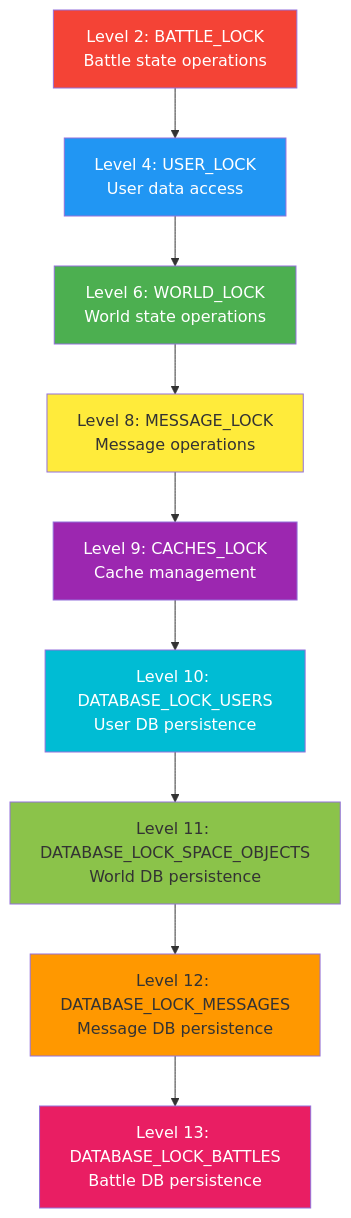
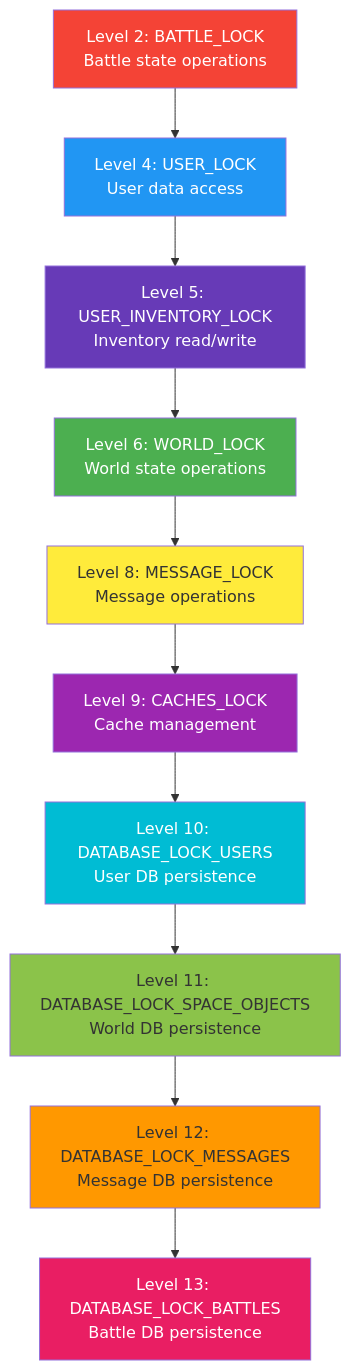
One commit to MarkDrei/Spacewars3 changed the ninth of 10 diagrams in doc/architecture/arc42-architecture.md. Above: the diagram before and after it, drawn with Mermaid. The commit also changed other lines of this file and 9 other files, not shown here.

````diff
--- a/doc/architecture/arc42-architecture.md
+++ b/doc/architecture/arc42-architecture.md
@@ -470,31 +508,34 @@
 ```mermaid
 graph TD
     L2[Level 2: BATTLE_LOCK<br/>Battle state operations]
     L4[Level 4: USER_LOCK<br/>User data access]
+    L5[Level 5: USER_INVENTORY_LOCK<br/>Inventory read/write]
     L6[Level 6: WORLD_LOCK<br/>World state operations]
     L8[Level 8: MESSAGE_LOCK<br/>Message operations]
     L9[Level 9: CACHES_LOCK<br/>Cache management]
     L10[Level 10: DATABASE_LOCK_USERS<br/>User DB persistence]
     L11[Level 11: DATABASE_LOCK_SPACE_OBJECTS<br/>World DB persistence]
     L12[Level 12: DATABASE_LOCK_MESSAGES<br/>Message DB persistence]
     L13[Level 13: DATABASE_LOCK_BATTLES<br/>Battle DB persistence]
 
     L2 --> L4
-    L4 --> L6
+    L4 --> L5
+    L5 --> L6
     L6 --> L8
     L8 --> L9
     L9 --> L10
     L10 --> L11
     L11 --> L12
     L12 --> L13
 
     style L2 fill:#f44336,color:#fff
     style L4 fill:#2196f3,color:#fff
+    style L5 fill:#673ab7,color:#fff
     style L6 fill:#4caf50,color:#fff
     style L8 fill:#ffeb3b
     style L9 fill:#9c27b0,color:#fff
     style L10 fill:#00bcd4,color:#fff
     style L11 fill:#8bc34a
     style L12 fill:#ff9800
     style L13 fill:#e91e63,color:#fff
 ```
````
